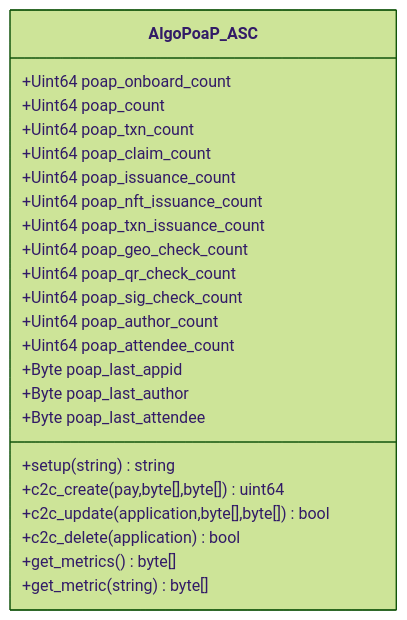
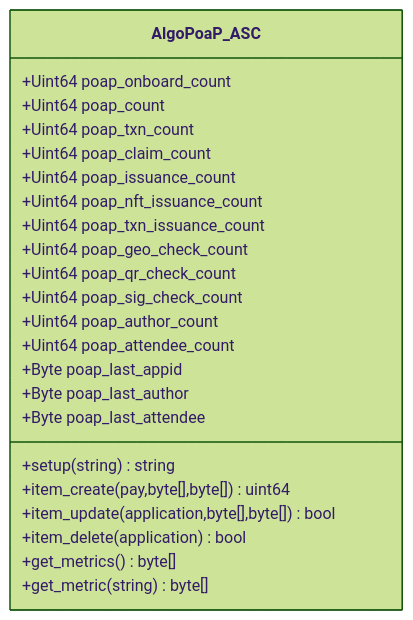
One commit to GoPlausible/.github changed the eighth of 10 diagrams in profile/README.md. Above: the diagram before and after it, drawn with Mermaid (forest theme). The commit also changed other lines of this file, not shown here.

````diff
--- a/profile/README.md
+++ b/profile/README.md
@@ -356,28 +358,28 @@
 ```mermaid
   classDiagram
     class AlgoPoaP_ASC
     AlgoPoaP_ASC : +Uint64 poap_onboard_count
     AlgoPoaP_ASC : +Uint64 poap_count
     AlgoPoaP_ASC : +Uint64 poap_txn_count
     AlgoPoaP_ASC : +Uint64 poap_claim_count
     AlgoPoaP_ASC : +Uint64 poap_issuance_count
     AlgoPoaP_ASC : +Uint64 poap_nft_issuance_count
     AlgoPoaP_ASC : +Uint64 poap_txn_issuance_count
 
     AlgoPoaP_ASC : +Uint64 poap_geo_check_count
     AlgoPoaP_ASC : +Uint64 poap_qr_check_count
     AlgoPoaP_ASC : +Uint64 poap_sig_check_count
 
     AlgoPoaP_ASC : +Uint64 poap_author_count
     AlgoPoaP_ASC : +Uint64 poap_attendee_count
     AlgoPoaP_ASC : +Byte poap_last_appid
     AlgoPoaP_ASC : +Byte poap_last_author
     AlgoPoaP_ASC : +Byte poap_last_attendee
     AlgoPoaP_ASC : +setup(string)string
-    AlgoPoaP_ASC : +c2c_create(pay,byte[],byte[])uint64
-    AlgoPoaP_ASC : +c2c_update(application,byte[],byte[])bool
-    AlgoPoaP_ASC : +c2c_delete(application)bool
+    AlgoPoaP_ASC : +item_create(pay,byte[],byte[])uint64
+    AlgoPoaP_ASC : +item_update(application,byte[],byte[])bool
+    AlgoPoaP_ASC : +item_delete(application)bool
     AlgoPoaP_ASC : +get_metrics()byte[]
     AlgoPoaP_ASC : +get_metric(string)byte[]
     
 ```
````
